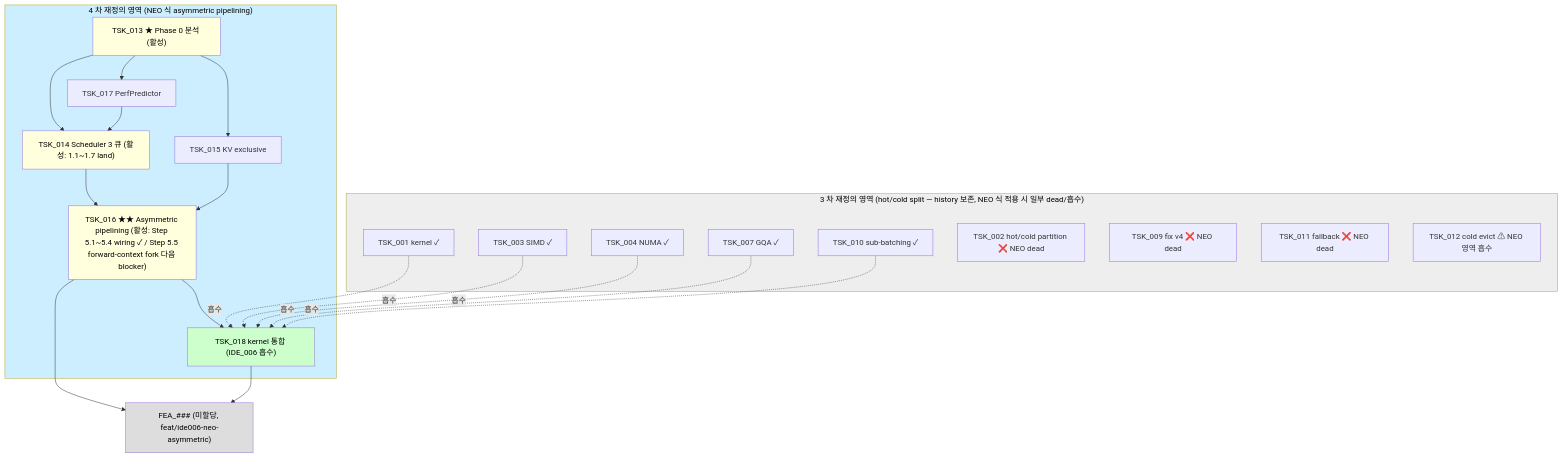
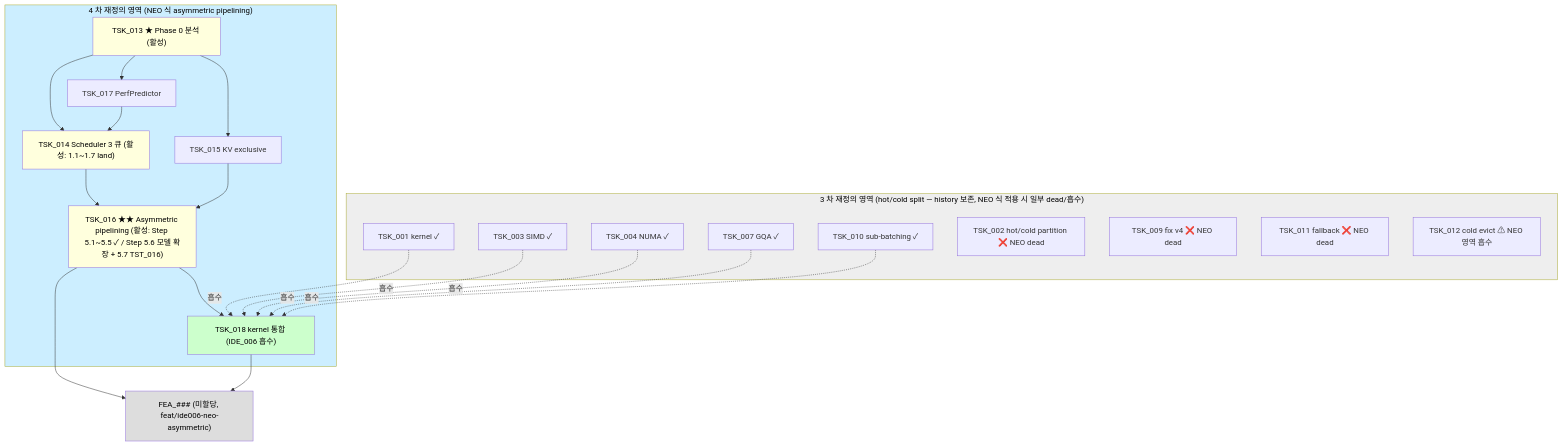
The second of 2 diagrams in shadow_assists/features/IDE_006/README.md (mystous/vllm_hybrid), drawn with Mermaid before and after one commit. The commit also changed other lines of this file and 20 other files, not shown here.

````diff
--- a/shadow_assists/features/IDE_006/README.md
+++ b/shadow_assists/features/IDE_006/README.md
@@ -319,49 +319,49 @@
 ```mermaid
 flowchart TB
     subgraph IDE006_LEGACY["3 차 재정의 영역 (hot/cold split — history 보존, NEO 식 적용 시 일부 dead/흡수)"]
         T1["TSK_001 kernel ✓"]
         T3["TSK_003 SIMD ✓"]
         T4["TSK_004 NUMA ✓"]
         T7["TSK_007 GQA ✓"]
         T10["TSK_010 sub-batching ✓"]
         T2["TSK_002 hot/cold partition ❌ NEO dead"]
         T9["TSK_009 fix v4 ❌ NEO dead"]
         T11["TSK_011 fallback ❌ NEO dead"]
         T12["TSK_012 cold evict ⚠ NEO 영역 흡수"]
     end
 
     subgraph IDE006_NEO["4 차 재정의 영역 (NEO 식 asymmetric pipelining)"]
         T13["TSK_013 ★ Phase 0 분석 (활성)"]
         T17["TSK_017 PerfPredictor"]
         T15["TSK_015 KV exclusive"]
         T14["TSK_014 Scheduler 3 큐 (활성: 1.1~1.7 land)"]
-        T16["TSK_016 ★★ Asymmetric pipelining (활성: Step 5.1~5.4 wiring ✓ / Step 5.5 forward-context fork 다음 blocker)"]
+        T16["TSK_016 ★★ Asymmetric pipelining (활성: Step 5.1~5.5 ✓ / Step 5.6 모델 확장 + 5.7 TST_016)"]
         T18["TSK_018 kernel 통합 (IDE_006 흡수)"]
     end
 
     T13 --> T14
     T13 --> T15
     T13 --> T17
     T17 --> T14
     T14 --> T16
     T15 --> T16
     T16 --> T18
 
     T1 -.흡수.-> T18
     T3 -.흡수.-> T18
     T4 -.흡수.-> T18
     T7 -.흡수.-> T18
     T10 -.흡수.-> T18
 
     FEA["FEA_### (미할당, feat/ide006-neo-asymmetric)"]
     T16 --> FEA
     T18 --> FEA
 
     style IDE006_LEGACY fill:#eee,color:#000
     style IDE006_NEO fill:#cef,color:#000
     style T13 fill:#ffd,color:#000
     style T14 fill:#ffd,color:#000
     style T16 fill:#ffd,color:#000
     style T18 fill:#cfc,color:#000
     style FEA fill:#ddd,color:#000
 ```
````
